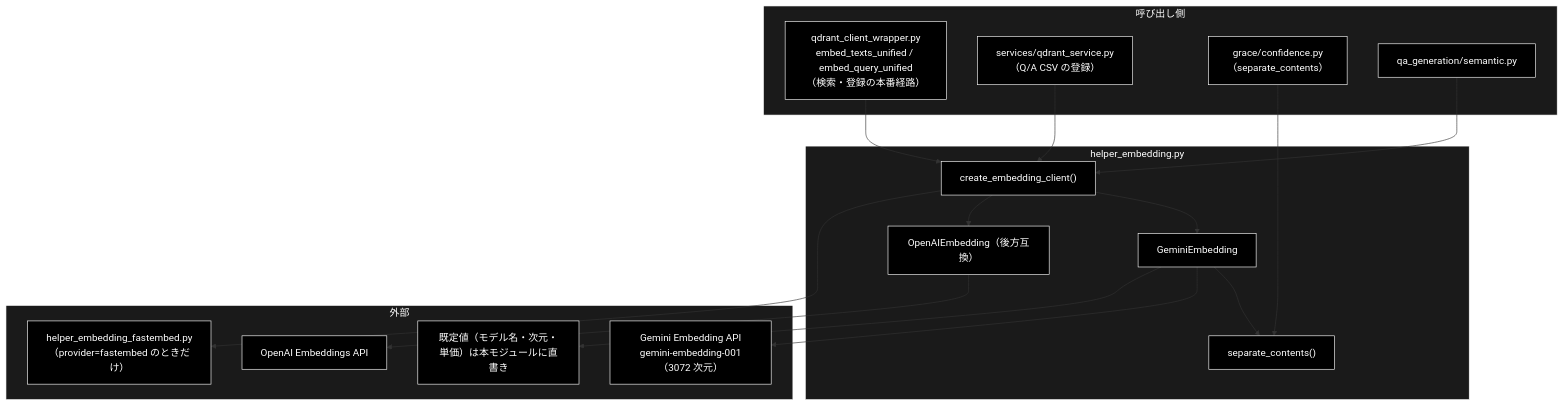
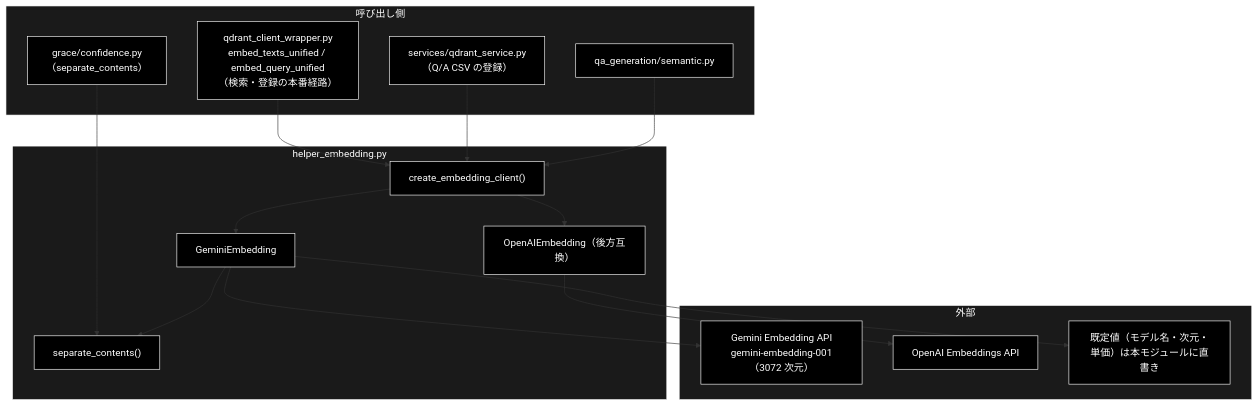
The first of 3 diagrams in helper/docs/helper_embedding.md (nakashima2toshio/grace_v2_local), drawn with Mermaid before and after one commit. The commit also changed other lines of this file and 41 other files, not shown here.

````diff
--- a/helper/docs/helper_embedding.md
+++ b/helper/docs/helper_embedding.md
@@ -69,41 +70,39 @@
 ```mermaid
 flowchart TB
     subgraph CALLER["呼び出し側"]
         QCW["qdrant_client_wrapper.py<br>embed_texts_unified / embed_query_unified<br>（検索・登録の本番経路）"]
         QDS["services/qdrant_service.py<br>（Q/A CSV の登録）"]
         CONF["grace/confidence.py<br>（separate_contents）"]
         SEM["qa_generation/semantic.py"]
     end
 
     subgraph MODULE["helper_embedding.py"]
         FAC["create_embedding_client()"]
         GEM["GeminiEmbedding"]
         OAI["OpenAIEmbedding（後方互換）"]
         SEP["separate_contents()"]
     end
 
     subgraph EXTERNAL["外部"]
         GAPI["Gemini Embedding API<br>gemini-embedding-001（3072 次元）"]
         OAPI["OpenAI Embeddings API"]
-        FE["helper_embedding_fastembed.py<br>（provider=fastembed のときだけ）"]
         CFG["既定値（モデル名・次元・単価）は本モジュールに直書き"]
     end
 
     QCW --> FAC
     QDS --> FAC
     SEM --> FAC
     CONF --> SEP
     FAC --> GEM
     FAC --> OAI
-    FAC --> FE
     GEM --> SEP
     GEM --> GAPI
     OAI --> OAPI
     GEM --> CFG
 classDef default fill:#000,stroke:#fff,color:#fff
 classDef subgraphStyle fill:#1a1a1a,stroke:#fff,color:#fff
-class QCW,QDS,CONF,SEM,FAC,GEM,OAI,SEP,GAPI,OAPI,FE,CFG default
+class QCW,QDS,CONF,SEM,FAC,GEM,OAI,SEP,GAPI,OAPI,CFG default
 style CALLER fill:#1a1a1a,stroke:#fff,color:#fff
 style MODULE fill:#1a1a1a,stroke:#fff,color:#fff
 style EXTERNAL fill:#1a1a1a,stroke:#fff,color:#fff
 ```
````
